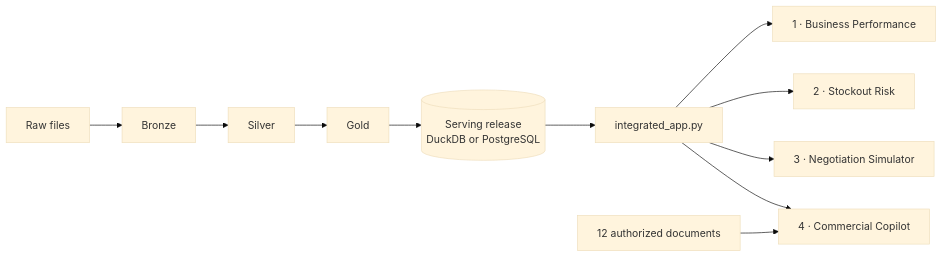
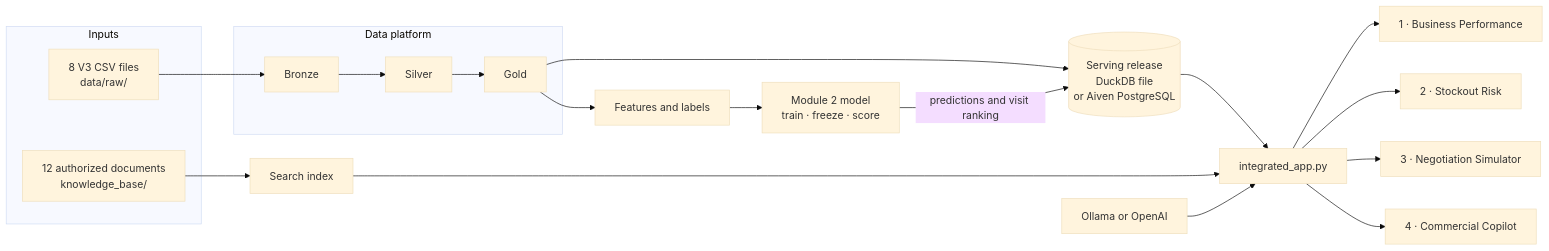
The diagram in README.md (Zeye430/marvel-cpg-ai-platform), drawn with Mermaid (base theme) before and after one commit. The commit also changed other lines of this file and 2 other files, not shown here.

Commit message:
docs(readme): restructure around product, architecture and end-to-end reproduction

````diff
--- a/README.md
+++ b/README.md
@@ -153,11 +121,22 @@
 ```mermaid
 flowchart LR
-    raw[Raw files] --> bronze[Bronze] --> silver[Silver] --> gold[Gold]
-    gold --> serving[(Serving release<br>DuckDB or PostgreSQL)]
+    subgraph Inputs
+        raw[8 V3 CSV files<br>data/raw/]
+        docs[12 authorized documents<br>knowledge_base/]
+    end
+    subgraph Data platform
+        bronze[Bronze] --> silver[Silver] --> gold[Gold]
+    end
+    raw --> bronze
+    gold --> features[Features and labels]
+    features --> m2model[Module 2 model<br>train · freeze · score]
+    gold --> serving[(Serving release<br>DuckDB file<br>or Aiven PostgreSQL)]
+    m2model -- predictions and visit ranking --> serving
     serving --> app[integrated_app.py]
+    docs --> kb[Search index] --> app
+    llm[Ollama or OpenAI] --> app
     app --> m1[1 · Business Performance]
     app --> m2[2 · Stockout Risk]
     app --> m3[3 · Negotiation Simulator]
     app --> m4[4 · Commercial Copilot]
-    kb[12 authorized documents] --> m4
 ```
````
